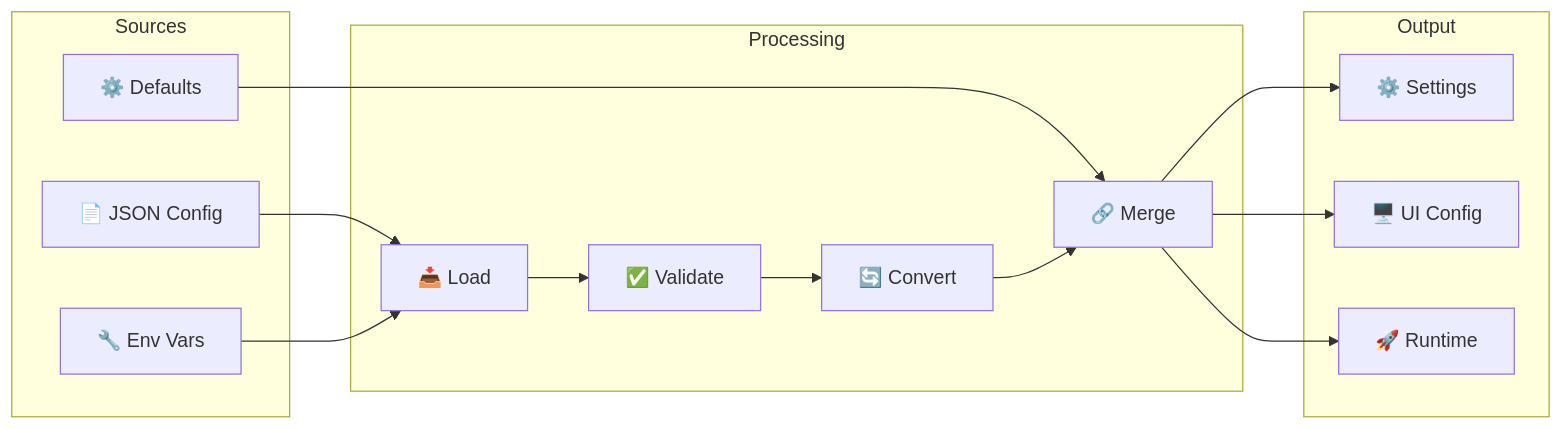
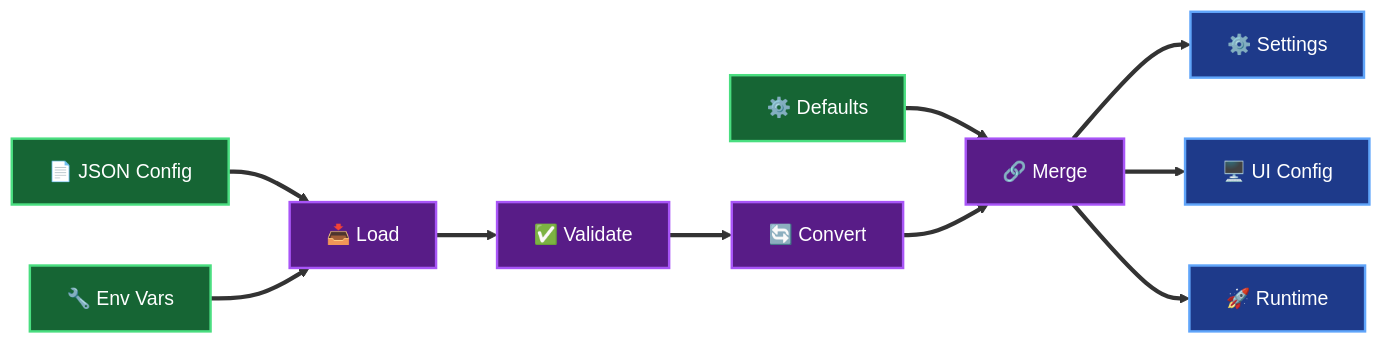
One commit to usathyan/paper-qa-ui changed the third of 18 diagrams in docs/DEVELOPER.md. Above: the diagram before and after it, drawn with Mermaid. The commit also changed other lines of this file, not shown here.

First line of the commit message:
Enhance first batch of mermaid diagrams with professional styling

````diff
--- a/docs/DEVELOPER.md
+++ b/docs/DEVELOPER.md
@@ -211,32 +217,40 @@
 ```mermaid
-graph LR
-    subgraph "Sources"
-        JSON[📄 JSON Config]
-        ENV[🔧 Env Vars]
-        DEF[⚙️ Defaults]
-    end
+flowchart LR
+    %% Sources
+    JSON[📄 JSON Config]
+    ENV[🔧 Env Vars]
+    DEF[⚙️ Defaults]
     
-    subgraph "Processing"
-        LOAD[📥 Load]
-        VAL[✅ Validate]
-        CONV[🔄 Convert]
-        MERGE[🔗 Merge]
-    end
+    %% Processing Pipeline
+    LOAD[📥 Load]
+    VAL[✅ Validate]
+    CONV[🔄 Convert]
+    MERGE[🔗 Merge]
     
-    subgraph "Output"
-        SETTINGS[⚙️ Settings]
-        UI[🖥️ UI Config]
-        RUNTIME[🚀 Runtime]
-    end
+    %% Output
+    SETTINGS[⚙️ Settings]
+    UI[🖥️ UI Config]
+    RUNTIME[🚀 Runtime]
     
-    JSON --> LOAD
-    ENV --> LOAD
-    DEF --> MERGE
+    %% Flow
+    JSON ==> LOAD
+    ENV ==> LOAD
+    DEF ==> MERGE
     
-    LOAD --> VAL
-    VAL --> CONV
-    CONV --> MERGE
-    MERGE --> SETTINGS
-    MERGE --> UI
-    MERGE --> RUNTIME
+    LOAD ==> VAL
+    VAL ==> CONV
+    CONV ==> MERGE
+    
+    MERGE ==> SETTINGS
+    MERGE ==> UI
+    MERGE ==> RUNTIME
+    
+    %% Styling
+    classDef sourceStyle fill:#166534,stroke:#4ade80,stroke-width:2px,color:#ffffff
+    classDef processStyle fill:#581c87,stroke:#a855f7,stroke-width:2px,color:#ffffff
+    classDef outputStyle fill:#1e3a8a,stroke:#60a5fa,stroke-width:2px,color:#ffffff
+    
+    class JSON,ENV,DEF sourceStyle
+    class LOAD,VAL,CONV,MERGE processStyle
+    class SETTINGS,UI,RUNTIME outputStyle
 ```
````
